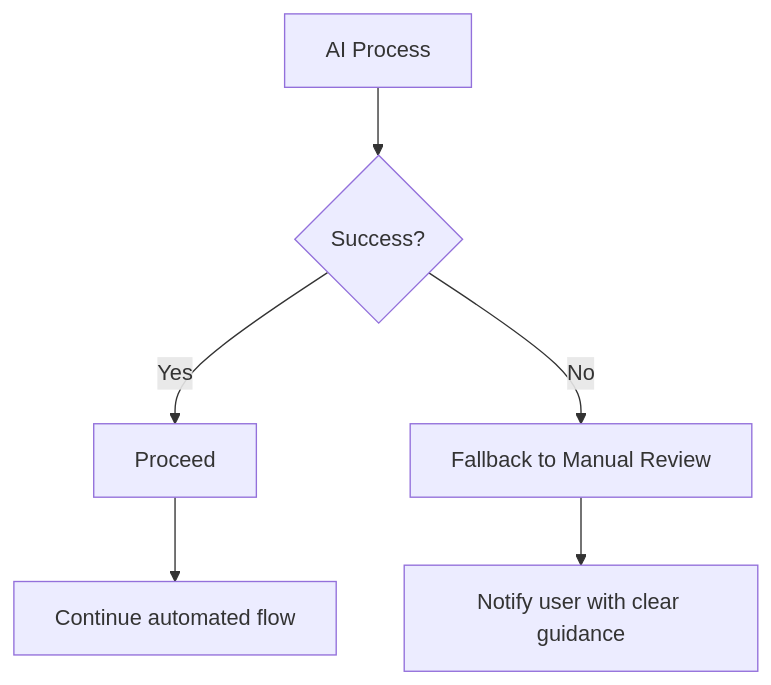
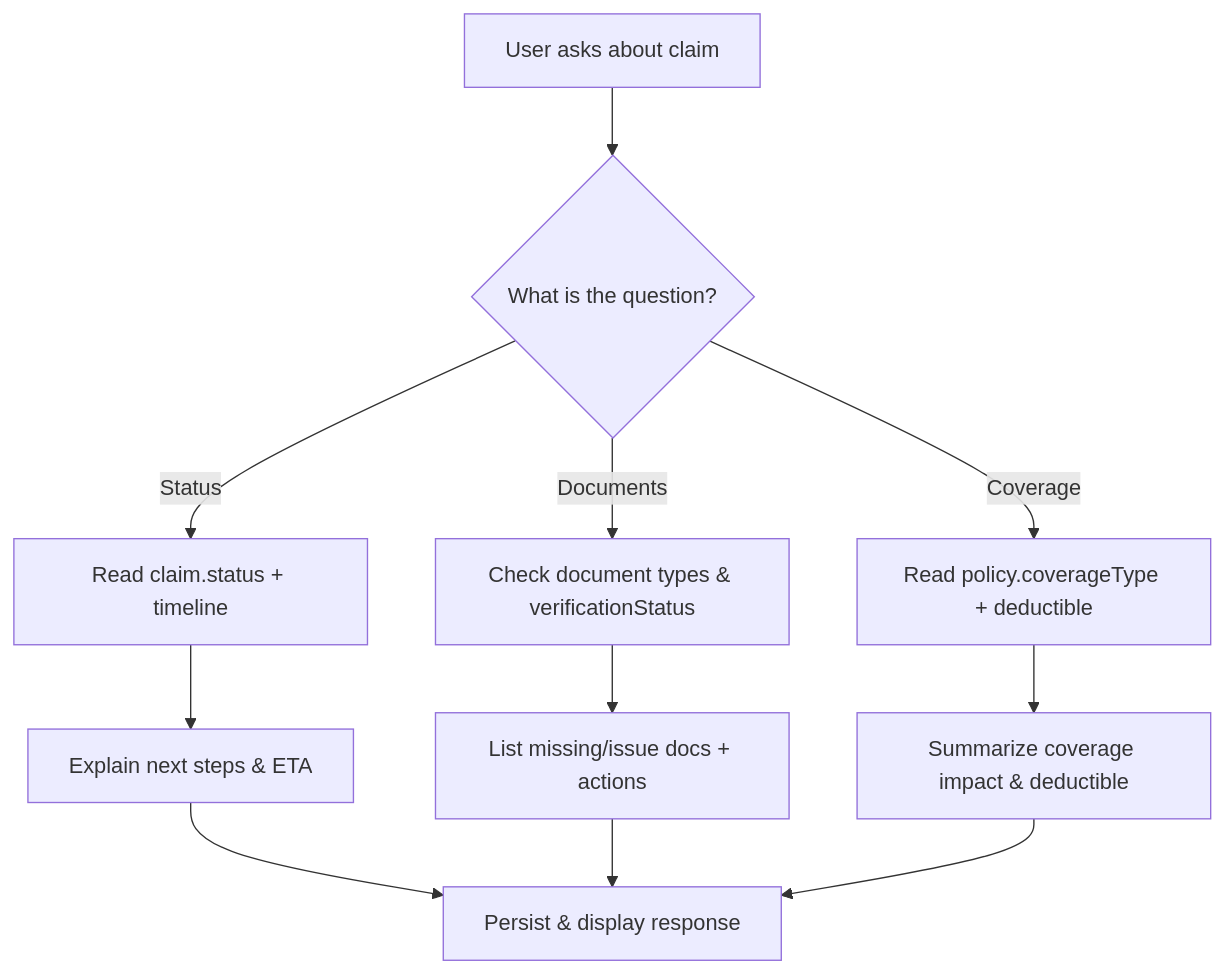
The sixth of 8 diagrams in .qoder/repowiki/en/content/AI Services Integration/Claim Assistant Chat Service.md (NaveenHiranya/Smart-Vehicle-Insurance-Claim-System), drawn with Mermaid before and after one commit. The commit also changed other lines of this file and 183 other files, not shown here.

````diff
--- a/.qoder/repowiki/en/content/AI Services Integration/Claim Assistant Chat Service.md
+++ b/.qoder/repowiki/en/content/AI Services Integration/Claim Assistant Chat Service.md
@@ -284,8 +197,13 @@
 ```mermaid
 flowchart TD
-A["AI Process"] --> B{"Success?"}
-B --> |Yes| C["Proceed"]
-B --> |No| D["Fallback to Manual Review"]
-D --> E["Notify user with clear guidance"]
-C --> F["Continue automated flow"]
+A["User asks about claim"] --> B{"What is the question?"}
+B --> |Status| C["Read claim.status + timeline"]
+B --> |Documents| D["Check document types & verificationStatus"]
+B --> |Coverage| E["Read policy.coverageType + deductible"]
+C --> F["Explain next steps & ETA"]
+D --> G["List missing/issue docs + actions"]
+E --> H["Summarize coverage impact & deductible"]
+F --> I["Persist & display response"]
+G --> I
+H --> I
 ```
````
